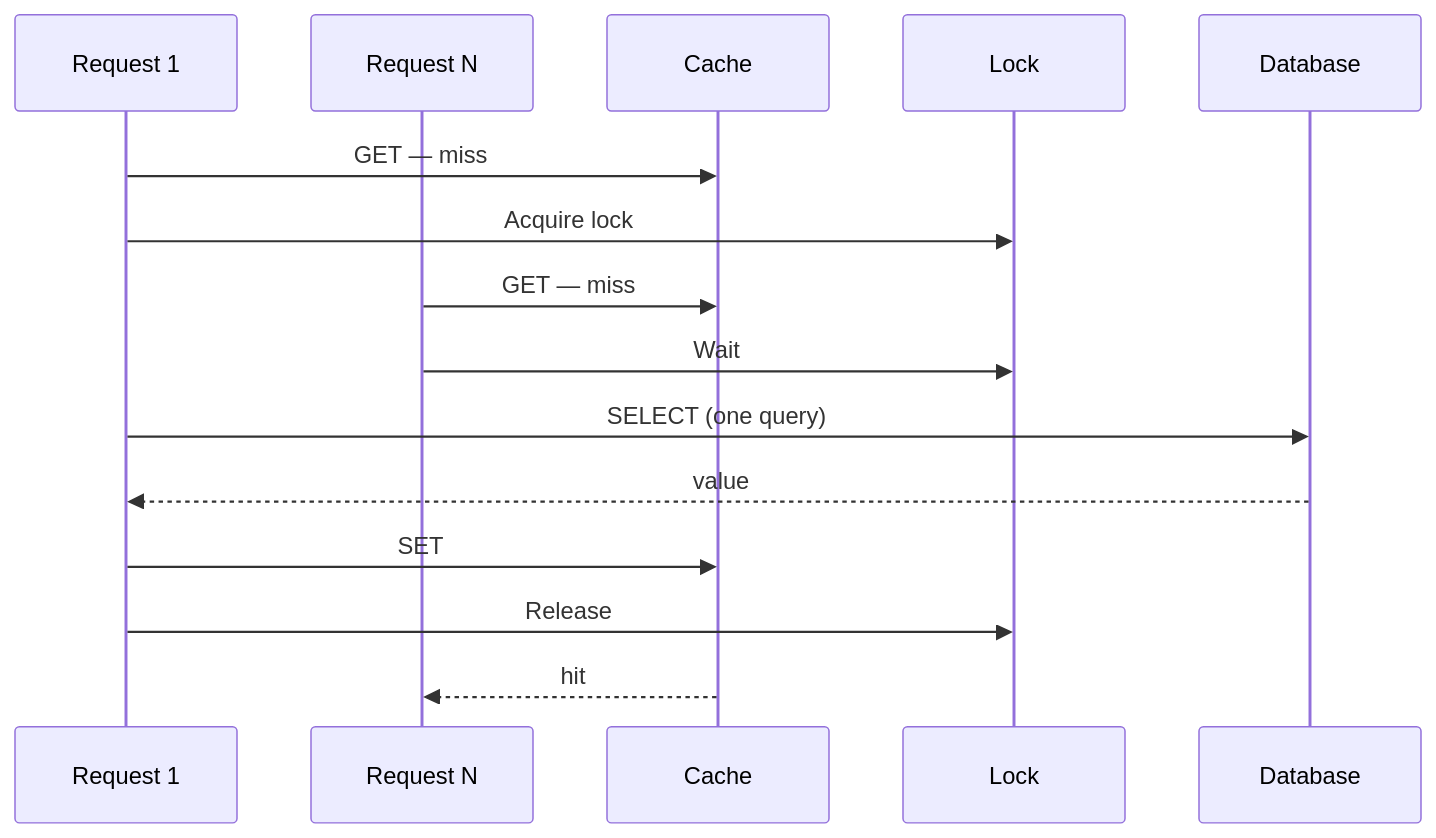
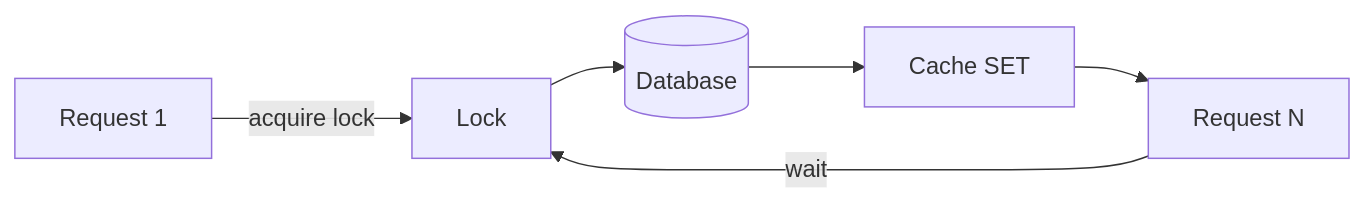
One commit to hareramcse/SystemDesign changed diagram 21 of 21 in 03-caching/README.md. Above: the diagram before and after it, drawn with Mermaid. The commit also changed other lines of this file, not shown here.

````diff
--- a/03-caching/README.md
+++ b/03-caching/README.md
@@ -706,17 +626,6 @@
 ```mermaid
-sequenceDiagram
-    participant R1 as Request 1
-    participant RN as Request N
-    participant Cache
-    participant Lock
-    participant DB as Database
-    R1->>Cache: GET — miss
-    R1->>Lock: Acquire lock
-    RN->>Cache: GET — miss
-    RN->>Lock: Wait
-    R1->>DB: SELECT (one query)
-    DB-->>R1: value
-    R1->>Cache: SET
-    R1->>Lock: Release
-    Cache-->>RN: hit
+flowchart LR
+    R1[Request 1] -->|acquire lock| Lock[Lock] --> DB[(Database)] --> Cache[Cache SET]
+    RN[Request N] -->|wait| Lock
+    Cache --> RN
 ```
````
